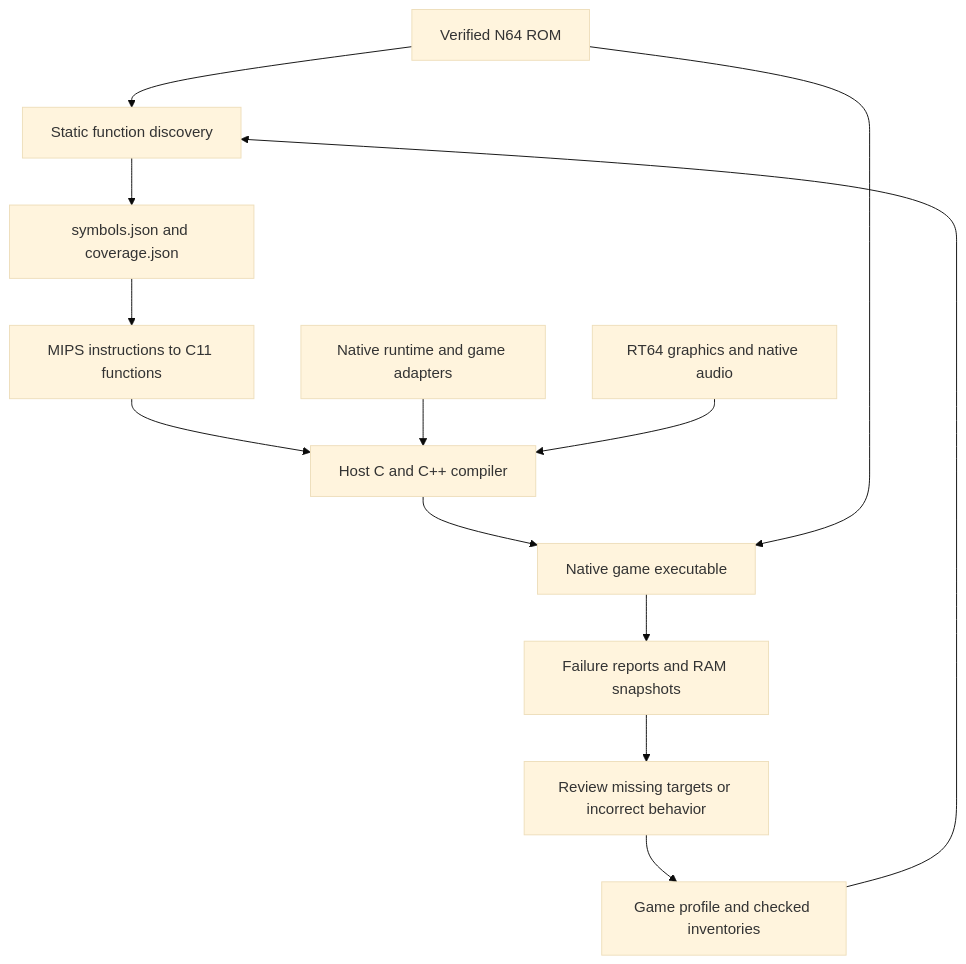
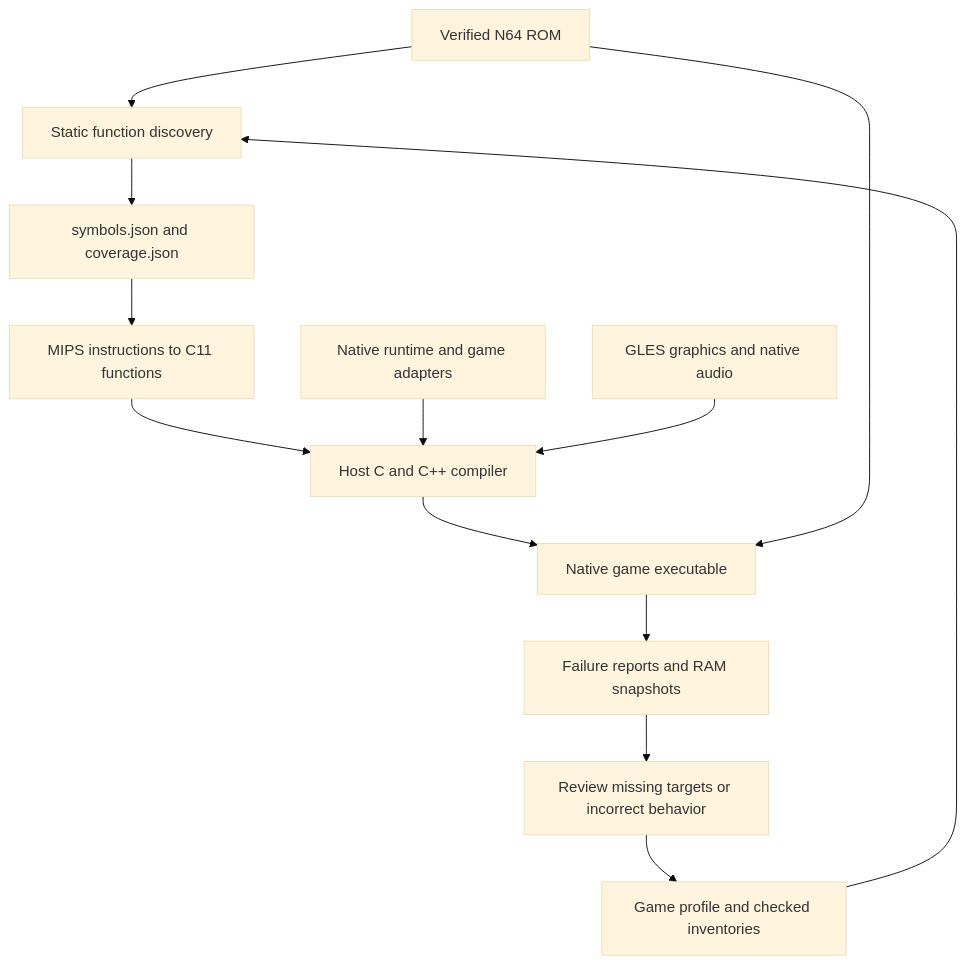
The diagram in docs/recompilation.md (polaco1782/v64recomp), drawn with Mermaid (base theme) before and after one commit. The commit also changed other lines of this file and 186 other files, not shown here.

````diff
--- a/docs/recompilation.md
+++ b/docs/recompilation.md
@@ -12,15 +12,15 @@
 ```mermaid
 flowchart TD
     ROM[Verified N64 ROM] --> Discovery[Static function discovery]
     Profile[Game profile and checked inventories] --> Discovery
     Discovery --> Metadata[symbols.json and coverage.json]
     Metadata --> Translation[MIPS instructions to C11 functions]
     Translation --> Compiler[Host C and C++ compiler]
     Runtime[Native runtime and game adapters] --> Compiler
-    Backends[RT64 graphics and native audio] --> Compiler
+    Backends[GLES graphics and native audio] --> Compiler
     Compiler --> Executable[Native game executable]
     ROM --> Executable
     Executable --> Diagnostics[Failure reports and RAM snapshots]
     Diagnostics --> Review[Review missing targets or incorrect behavior]
     Review --> Profile
 ```
````
